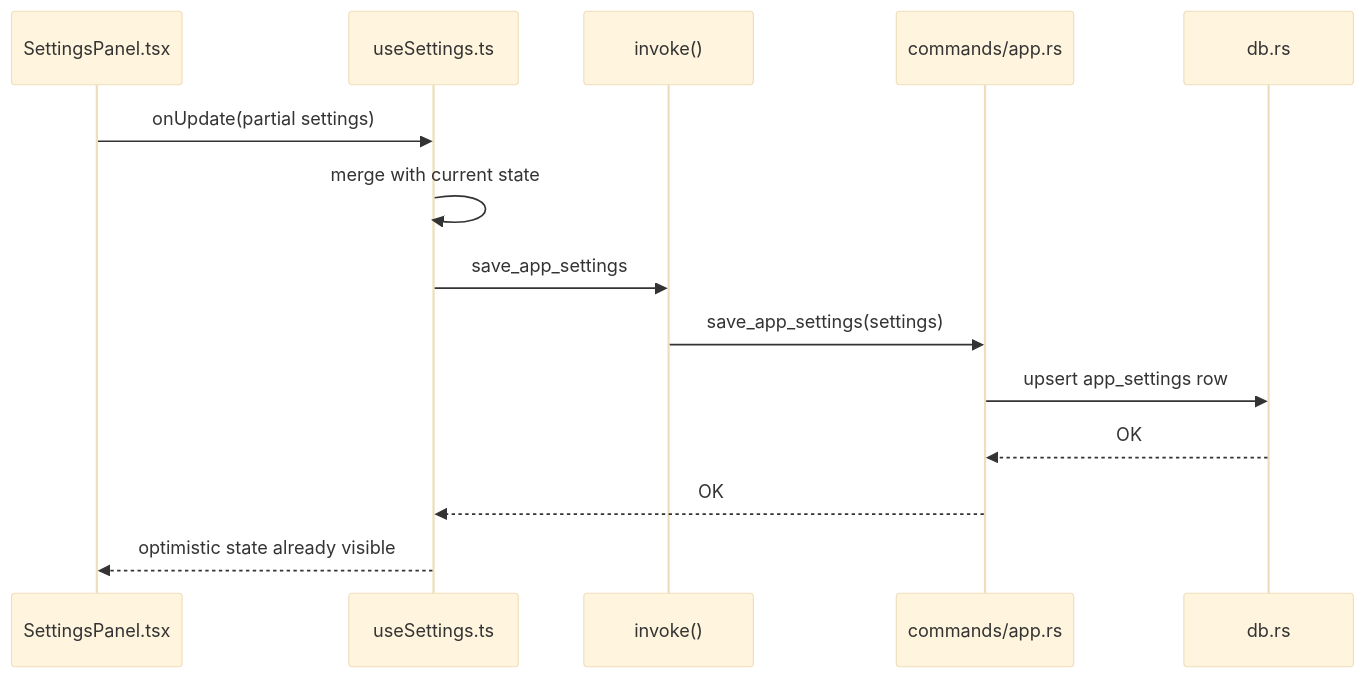
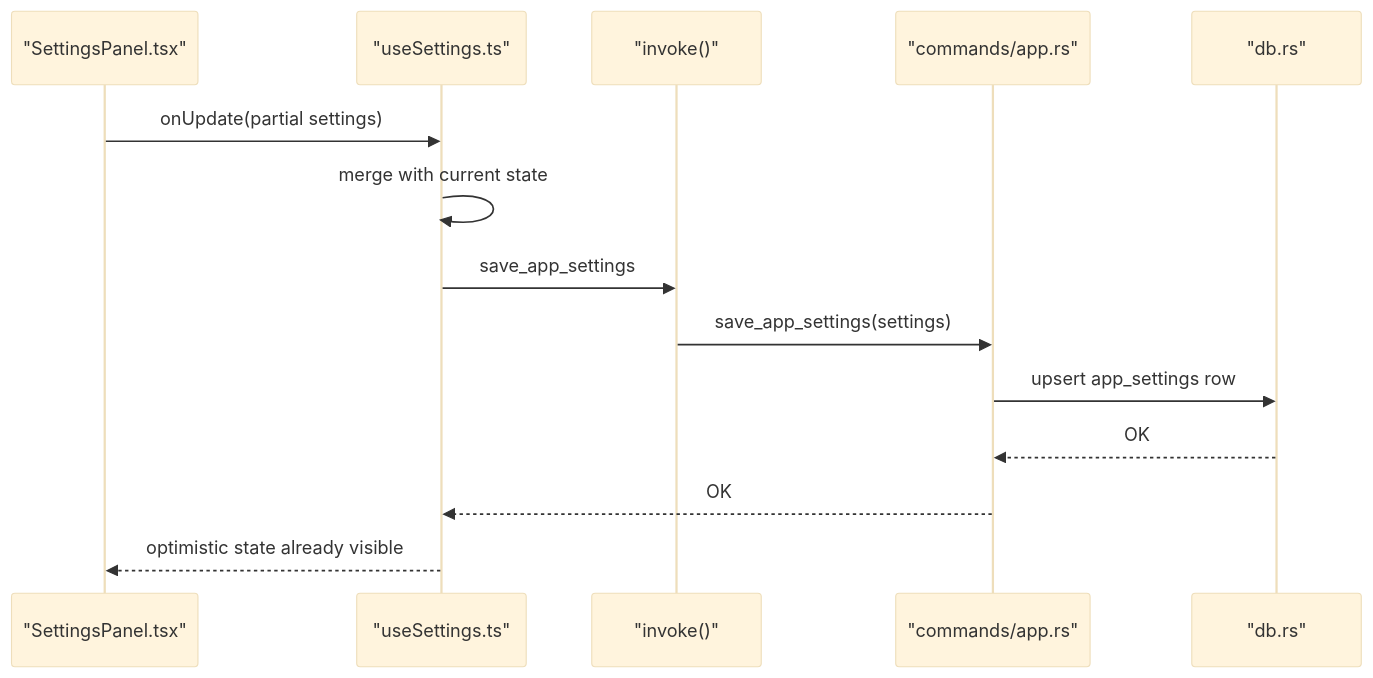
One commit to walterfan/lazy-todo-app changed the fourth of 6 diagrams in doc/03-workflows.md. Above: the diagram before and after it, drawn with Mermaid (base theme). The commit also changed other lines of this file and 2 other files, not shown here.

````diff
--- a/doc/03-workflows.md
+++ b/doc/03-workflows.md
@@ -75,17 +75,17 @@
 ```mermaid
 sequenceDiagram
-    participant UI as SettingsPanel.tsx
-    participant Hook as useSettings.ts
-    participant IPC as invoke()
-    participant Cmd as commands/app.rs
-    participant DB as db.rs
+    participant UI as "SettingsPanel.tsx"
+    participant Hook as "useSettings.ts"
+    participant IPC as "invoke()"
+    participant Cmd as "commands/app.rs"
+    participant DB as "db.rs"
 
     UI->>Hook: onUpdate(partial settings)
     Hook->>Hook: merge with current state
     Hook->>IPC: save_app_settings
     IPC->>Cmd: save_app_settings(settings)
     Cmd->>DB: upsert app_settings row
     DB-->>Cmd: OK
     Cmd-->>Hook: OK
     Hook-->>UI: optimistic state already visible
 ```
````
